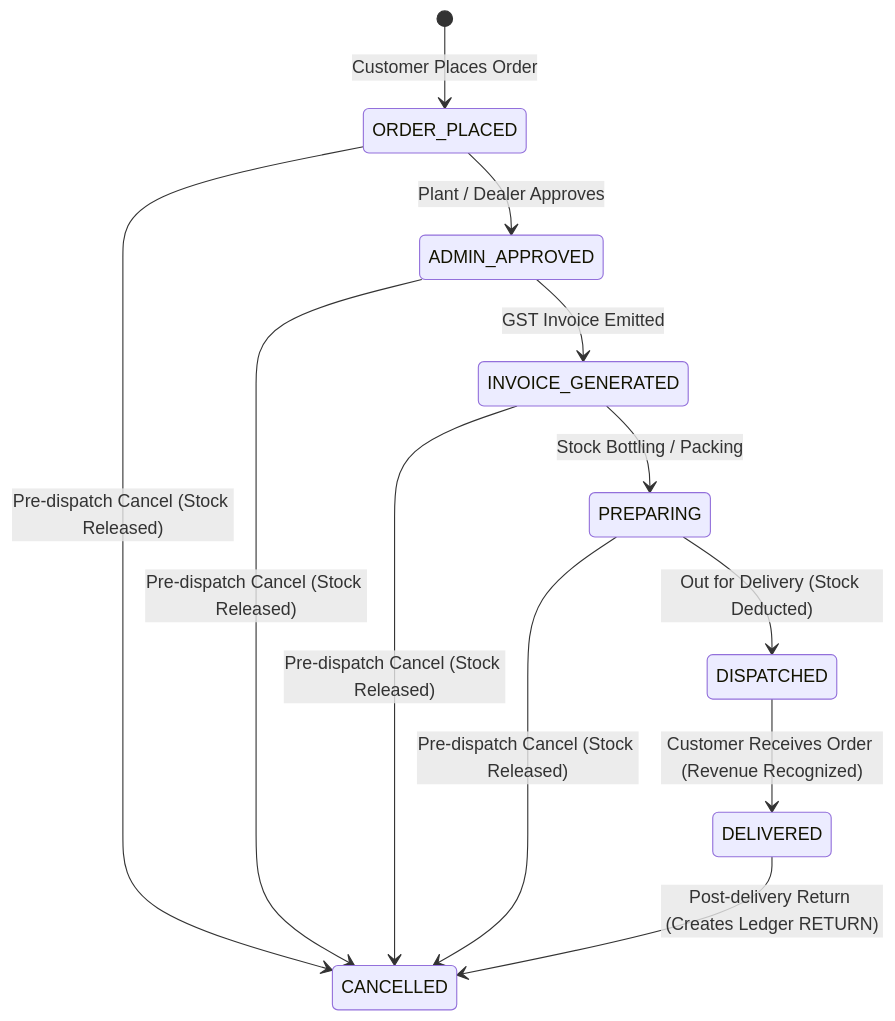
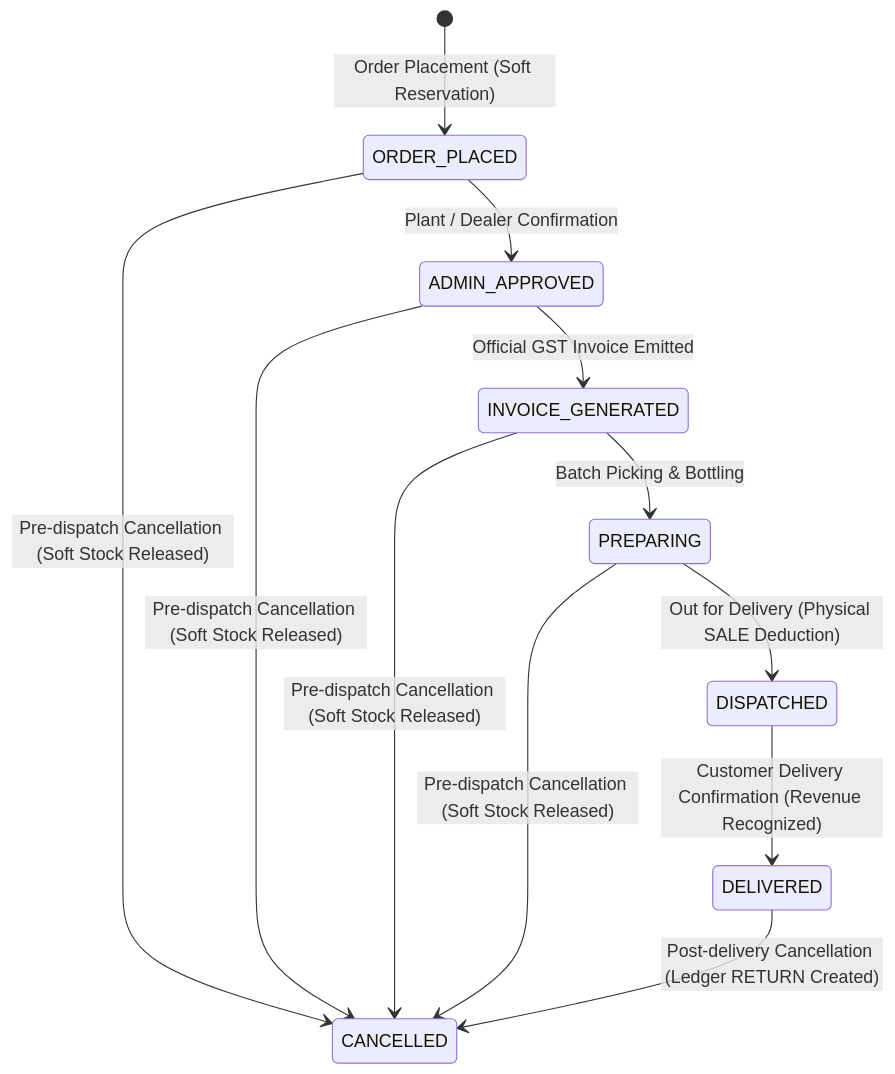
The first of 2 diagrams in USER_MANUAL.md (Aman298871/shivnath-Agency), drawn with Mermaid before and after one commit. The commit also changed other lines of this file and 3 other files, not shown here.

````diff
--- a/USER_MANUAL.md
+++ b/USER_MANUAL.md
@@ -51,15 +192,15 @@
 ```mermaid
 stateDiagram-v2
-    [*] --> ORDER_PLACED: Customer Places Order
-    ORDER_PLACED --> ADMIN_APPROVED: Plant / Dealer Approves
-    ADMIN_APPROVED --> INVOICE_GENERATED: GST Invoice Emitted
-    INVOICE_GENERATED --> PREPARING: Stock Bottling / Packing
-    PREPARING --> DISPATCHED: Out for Delivery (Stock Deducted)
-    DISPATCHED --> DELIVERED: Customer Receives Order (Revenue Recognized)
+    [*] --> ORDER_PLACED: Order Placement (Soft Reservation)
+    ORDER_PLACED --> ADMIN_APPROVED: Plant / Dealer Confirmation
+    ADMIN_APPROVED --> INVOICE_GENERATED: Official GST Invoice Emitted
+    INVOICE_GENERATED --> PREPARING: Batch Picking & Bottling
+    PREPARING --> DISPATCHED: Out for Delivery (Physical SALE Deduction)
+    DISPATCHED --> DELIVERED: Customer Delivery Confirmation (Revenue Recognized)
     
-    ORDER_PLACED --> CANCELLED: Pre-dispatch Cancel (Stock Released)
-    ADMIN_APPROVED --> CANCELLED: Pre-dispatch Cancel (Stock Released)
-    INVOICE_GENERATED --> CANCELLED: Pre-dispatch Cancel (Stock Released)
-    PREPARING --> CANCELLED: Pre-dispatch Cancel (Stock Released)
-    DELIVERED --> CANCELLED: Post-delivery Return (Creates Ledger RETURN)
+    ORDER_PLACED --> CANCELLED: Pre-dispatch Cancellation (Soft Stock Released)
+    ADMIN_APPROVED --> CANCELLED: Pre-dispatch Cancellation (Soft Stock Released)
+    INVOICE_GENERATED --> CANCELLED: Pre-dispatch Cancellation (Soft Stock Released)
+    PREPARING --> CANCELLED: Pre-dispatch Cancellation (Soft Stock Released)
+    DELIVERED --> CANCELLED: Post-delivery Cancellation (Ledger RETURN Created)
 ```
````
